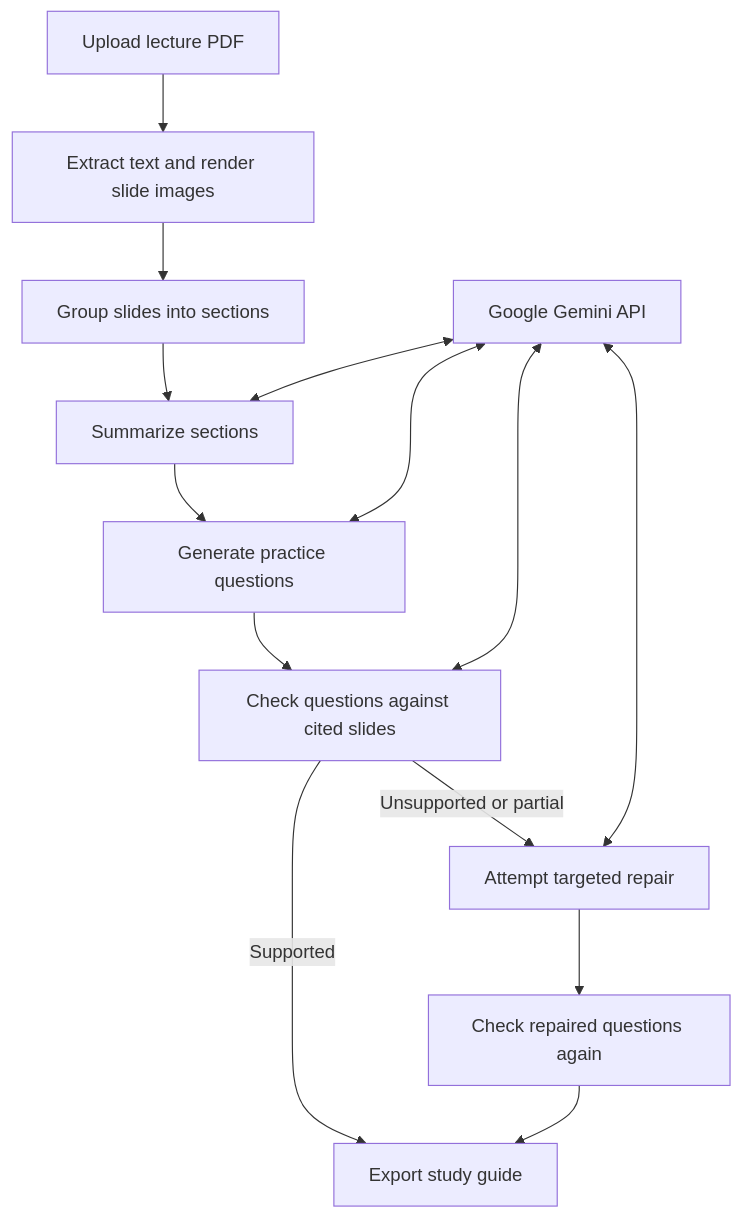
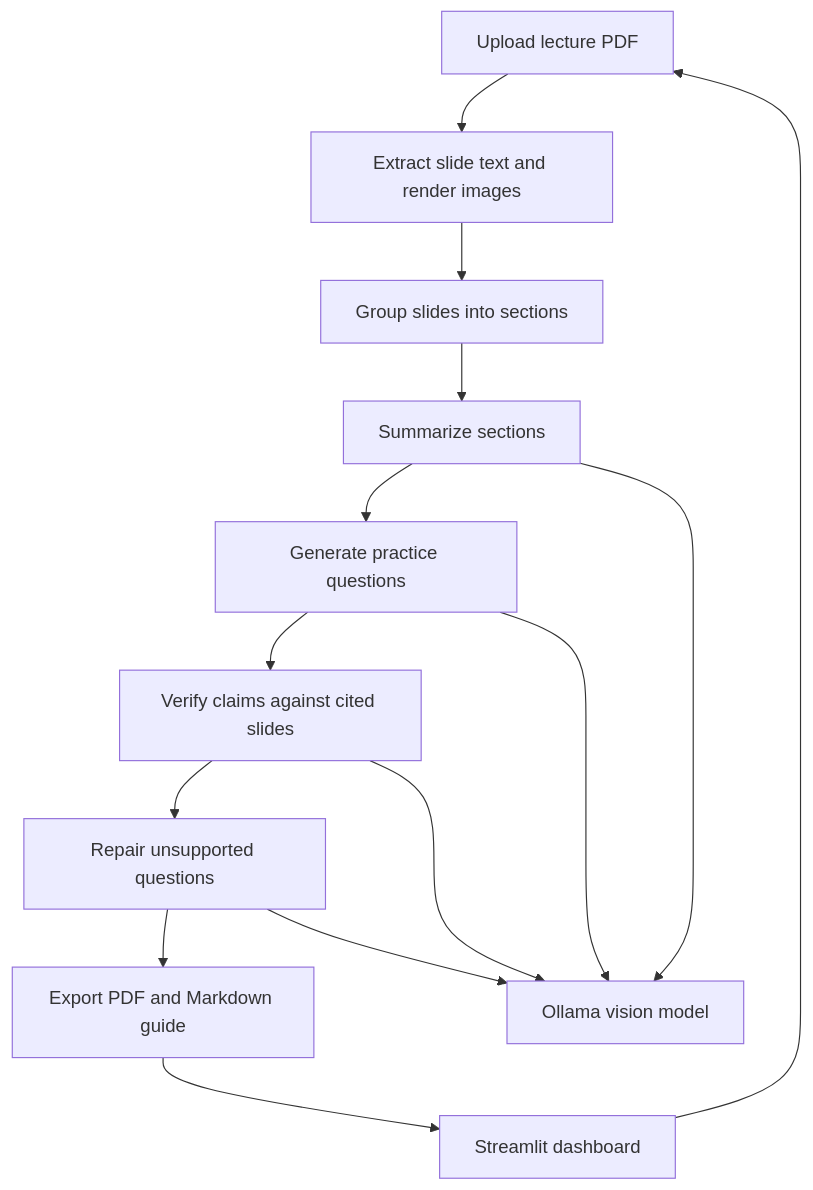
One commit to osakaer/lecture-slides-study-agent changed the diagram in README.md. Above: the diagram before and after it, drawn with Mermaid. The commit also changed other lines of this file and 21 other files, not shown here.

Commit message:
Switch study guide app to local Streamlit and Ollama

````diff
--- a/README.md
+++ b/README.md
@@ -18,16 +26,16 @@
 ```mermaid
 flowchart TD
-    A[Upload lecture PDF] --> B[Extract text and render slide images]
+    A[Upload lecture PDF] --> B[Extract slide text and render images]
     B --> C[Group slides into sections]
     C --> D[Summarize sections]
     D --> E[Generate practice questions]
-    E --> F[Check questions against cited slides]
-    F -->|Unsupported or partial| G[Attempt targeted repair]
-    G --> H[Check repaired questions again]
-    F -->|Supported| I[Export study guide]
+    E --> F[Verify claims against cited slides]
+    F --> G[Repair unsupported questions]
+    G --> H[Export PDF and Markdown guide]
+    I[Streamlit dashboard] --> A
+    D --> J[Ollama vision model]
+    E --> J
+    F --> J
+    G --> J
     H --> I
-    J[Google Gemini API] <--> D
-    J <--> E
-    J <--> F
-    J <--> G
 ```
````
